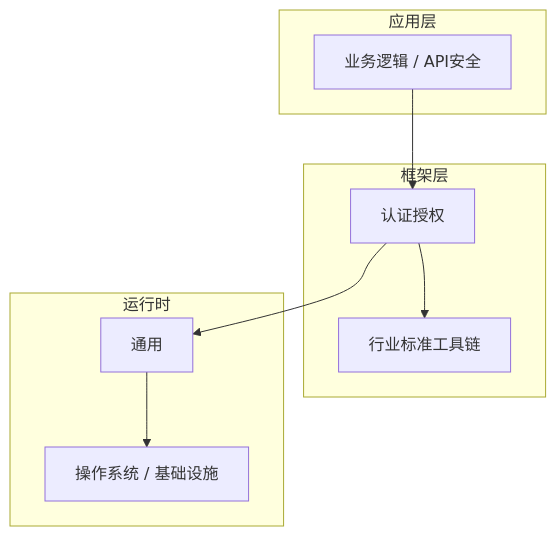
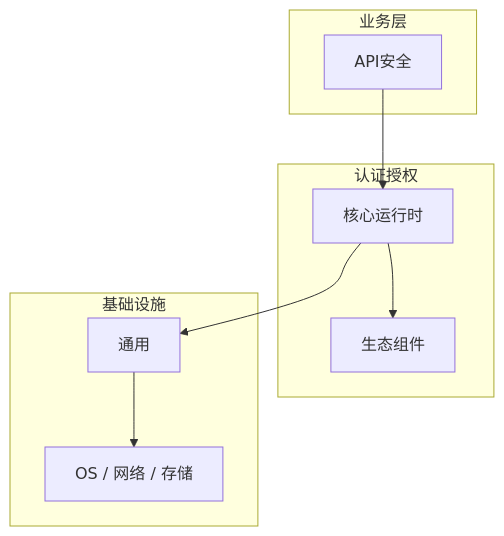
Before and after one commit to yanggan2015/knowledge-json-v2: the diagram in articles/认证授权/chapters/066-API安全核心概念与原理.md, drawn with Mermaid. The commit also changed other lines of this file and 10127 other files, not shown here.

````diff
--- a/articles/认证授权/chapters/066-API安全核心概念与原理.md
+++ b/articles/认证授权/chapters/066-API安全核心概念与原理.md
@@ -45,18 +34,18 @@
 ```mermaid
 graph TB
-    subgraph 应用层
-        A[业务逻辑 / API安全]
+    subgraph 业务层
+        A[API安全]
     end
-    subgraph 框架层
-        B[认证授权]
-        C[行业标准工具链]
+    subgraph 认证授权
+        B[核心运行时]
+        C[生态组件]
     end
-    subgraph 运行时
+    subgraph 基础设施
         D[通用]
-        E[操作系统 / 基础设施]
+        E[OS / 网络 / 存储]
     end
     A --> B
     B --> C
     B --> D
     D --> E
 ```
````
